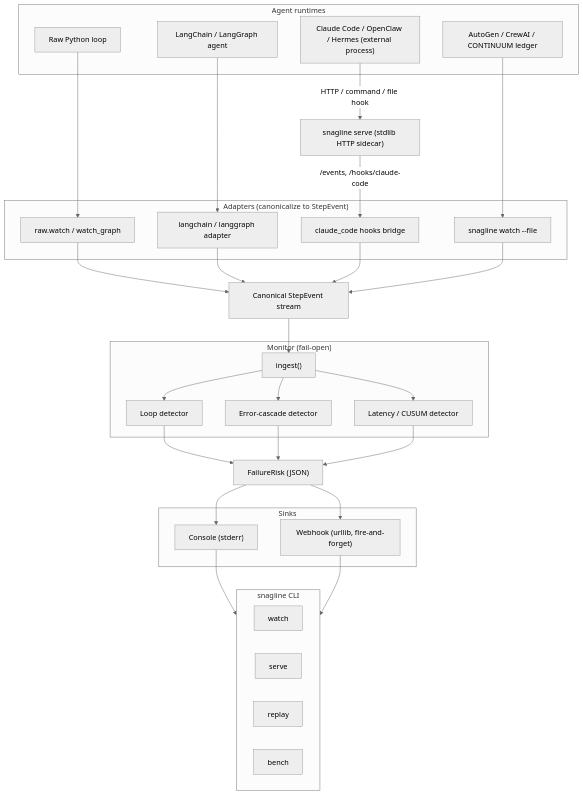
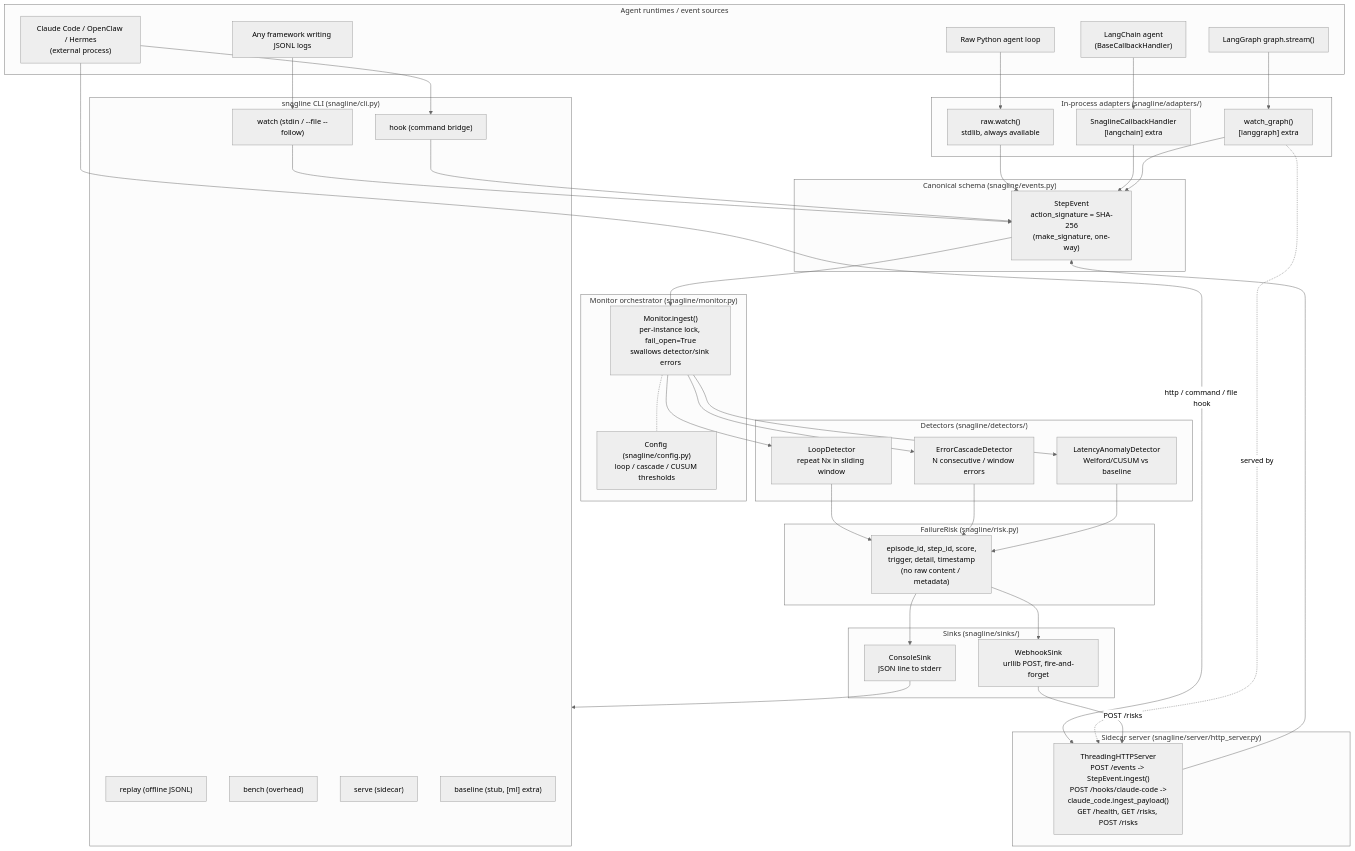
One commit to Cyrax321/SNAGLINE changed the diagram in README.md. Above: the diagram before and after it, drawn with Mermaid (neutral theme). The commit also changed other lines of this file, not shown here.

Commit message:
Replace README diagram with exact architecture from source modules

````diff
--- a/README.md
+++ b/README.md
@@ -29,63 +29,86 @@
 ```mermaid
 flowchart TB
-    subgraph Runtimes["Agent runtimes"]
-        Raw["Raw Python loop"]
-        LC["LangChain / LangGraph agent"]
-        CC["Claude Code / OpenClaw / Hermes (external process)"]
-        Other["AutoGen / CrewAI / CONTINUUM ledger"]
+    subgraph Sources["Agent runtimes / event sources"]
+        S1["Raw Python agent loop"]
+        S2["LangChain agent<br/>(BaseCallbackHandler)"]
+        S3["LangGraph graph.stream()"]
+        S4["Claude Code / OpenClaw / Hermes<br/>(external process)"]
+        S5["Any framework writing JSONL logs"]
     end
 
-    subgraph Adapters["Adapters (canonicalize to StepEvent)"]
-        A_Raw["raw.watch / watch_graph"]
-        A_LC["langchain / langgraph adapter"]
-        A_CC["claude_code hooks bridge"]
-        A_File["snagline watch --file"]
+    subgraph InProc["In-process adapters (snagline/adapters/)"]
+        A1["raw.watch()<br/>stdlib, always available"]
+        A2["SnaglineCallbackHandler<br/>[langchain] extra"]
+        A3["watch_graph()<br/>[langgraph] extra"]
     end
 
-    CC -->|"HTTP / command / file hook"| Sidecar
-    Sidecar["snagline serve (stdlib HTTP sidecar)"] -->|"/events, /hooks/claude-code"| A_CC
+    S1 --> A1
+    S2 --> A2
+    S3 --> A3
 
-    Raw --> A_Raw
-    LC --> A_LC
-    Other --> A_File
-
-    A_Raw --> Stream
-    A_LC --> Stream
-    A_CC --> Stream
-    A_File --> Stream
-
-    Stream["Canonical StepEvent stream"]
-
-    subgraph Monitor["Monitor (fail-open)"]
-        Ingest["ingest()"]
-        Loop["Loop detector"]
-        Err["Error-cascade detector"]
-        Lat["Latency / CUSUM detector"]
-        Ingest --> Loop
-        Ingest --> Err
-        Ingest --> Lat
+    subgraph Schema["Canonical schema (snagline/events.py)"]
+        E["StepEvent<br/>action_signature = SHA-256<br/>(make_signature, one-way)"]
     end
 
-    Stream --> Ingest
-    Loop --> Risk["FailureRisk (JSON)"]
-    Err --> Risk
-    Lat --> Risk
+    A1 --> E
+    A2 --> E
+    A3 --> E
 
-    subgraph Sinks["Sinks"]
-        Console["Console (stderr)"]
-        Webhook["Webhook (urllib, fire-and-forget)"]
+    subgraph Monitor["Monitor orchestrator (snagline/monitor.py)"]
+        M["Monitor.ingest()<br/>per-instance lock, fail_open=True<br/>swallows detector/sink errors"]
+        CF["Config (snagline/config.py)<br/>loop / cascade / CUSUM thresholds"]
+        M -.- CF
     end
 
-    Risk --> Console
-    Risk --> Webhook
+    E --> M
 
-    subgraph CLI["snagline CLI"]
-        C_Watch["watch"]
-        C_Serve["serve"]
-        C_Replay["replay"]
-        C_Bench["bench"]
+    subgraph Detectors["Detectors (snagline/detectors/)"]
+        D1["LoopDetector<br/>repeat Nx in sliding window"]
+        D2["ErrorCascadeDetector<br/>N consecutive / window errors"]
+        D3["LatencyAnomalyDetector<br/>Welford/CUSUM vs baseline"]
     end
 
-    Console --> CLI
-    Webhook --> CLI
+    M --> D1
+    M --> D2
+    M --> D3
+
+    subgraph Risk["FailureRisk (snagline/risk.py)"]
+        R["episode_id, step_id, score,<br/>trigger, detail, timestamp<br/>(no raw content / metadata)"]
+    end
+
+    D1 --> R
+    D2 --> R
+    D3 --> R
+
+    subgraph Sinks["Sinks (snagline/sinks/)"]
+        K1["ConsoleSink<br/>JSON line to stderr"]
+        K2["WebhookSink<br/>urllib POST, fire-and-forget"]
+    end
+
+    R --> K1
+    R --> K2
+
+    subgraph Sidecar["Sidecar server (snagline/server/http_server.py)"]
+        SV["ThreadingHTTPServer<br/>POST /events -> StepEvent.ingest()<br/>POST /hooks/claude-code -><br/>claude_code.ingest_payload()<br/>GET /health, GET /risks, POST /risks"]
+    end
+
+    S4 -->|"http / command / file hook"| SV
+    SV --> E
+    A3 -.->|"served by"| SV
+
+    subgraph CLI["snagline CLI (snagline/cli.py)"]
+        C1["replay (offline JSONL)"]
+        C2["bench (overhead)"]
+        C3["watch (stdin / --file --follow)"]
+        C4["serve (sidecar)"]
+        C5["hook (command bridge)"]
+        C6["baseline (stub, [ml] extra)"]
+    end
+
+    S5 --> C3
+    S4 --> C5
+    K1 --> CLI
+    K2 -->|"POST /risks"| SV
+    C3 --> E
+    C5 --> E
 ```
````
